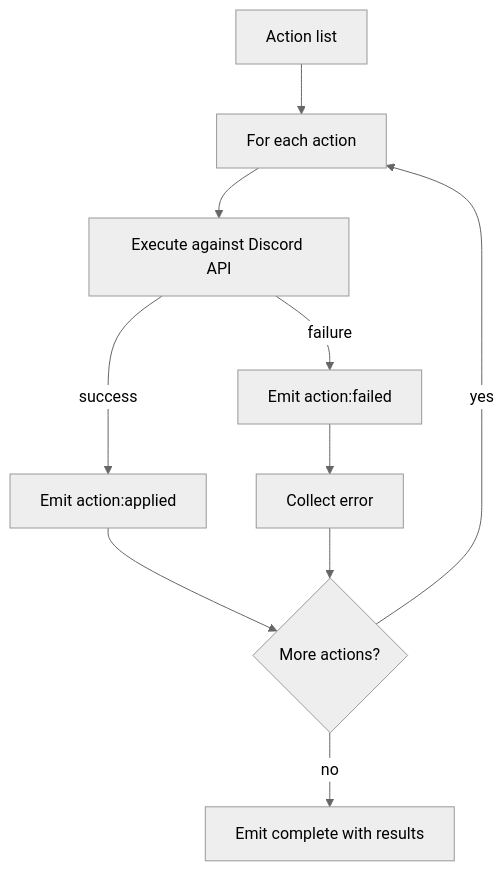
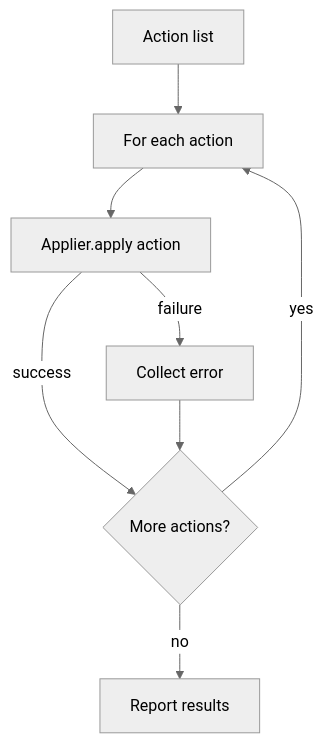
Before and after one commit to WaseemAldemeri/infracord: the third of 3 diagrams in docs/architecture/reconciler.md, drawn with Mermaid (neutral theme). The commit also changed other lines of this file and 2 other files, not shown here.

````diff
--- a/docs/architecture/reconciler.md
+++ b/docs/architecture/reconciler.md
@@ -135,12 +166,10 @@
 ```mermaid
 flowchart TD
     AL[Action list] --> LOOP[For each action]
-    LOOP --> EXEC[Execute against Discord API]
-    EXEC -->|success| EVT1[Emit action:applied]
-    EXEC -->|failure| EVT2[Emit action:failed]
-    EVT1 --> NEXT{More actions?}
-    EVT2 --> COLLECT[Collect error]
+    LOOP --> EXEC[Applier.apply action]
+    EXEC -->|success| NEXT{More actions?}
+    EXEC -->|failure| COLLECT[Collect error]
     COLLECT --> NEXT
     NEXT -->|yes| LOOP
-    NEXT -->|no| REPORT[Emit complete with results]
+    NEXT -->|no| REPORT[Report results]
 ```
````
